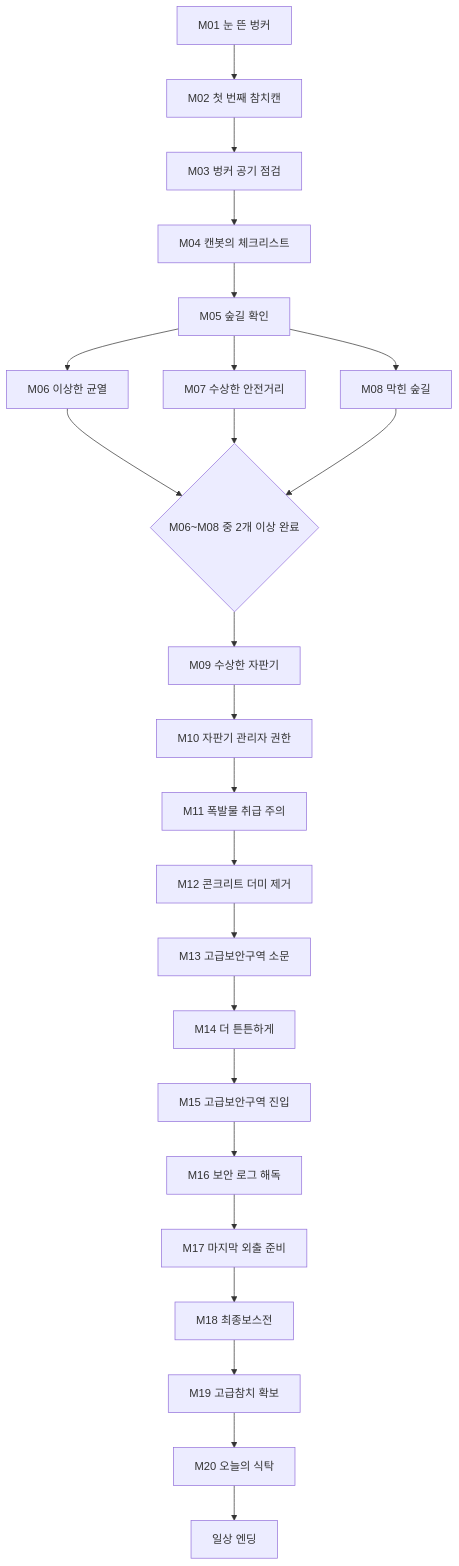
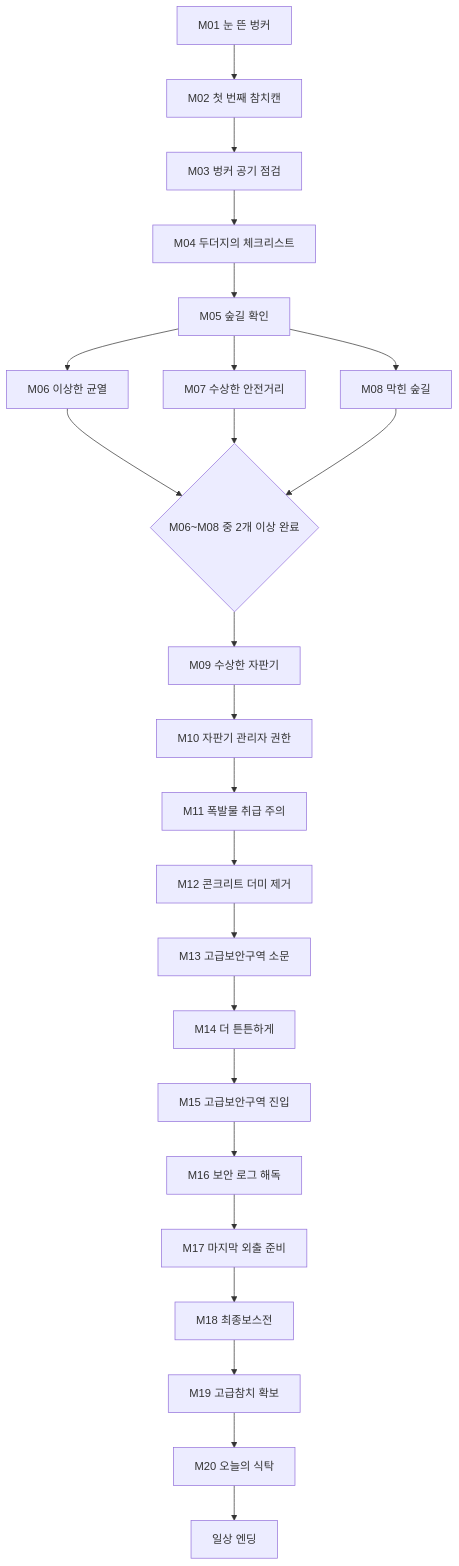
One commit to octopus7/extraction_shooter changed the first of 2 diagrams in Docs/SSOT/TunaSweeper_SSOT_Quest_Item_v0.6.md. Above: the diagram before and after it, drawn with Mermaid. The commit also changed other lines of this file and 68 other files, not shown here.

````diff
--- a/Docs/SSOT/TunaSweeper_SSOT_Quest_Item_v0.6.md
+++ b/Docs/SSOT/TunaSweeper_SSOT_Quest_Item_v0.6.md
@@ -138,31 +138,31 @@
 ```mermaid
 flowchart TD
     M01["M01 눈 뜬 벙커"] --> M02["M02 첫 번째 참치캔"]
     M02 --> M03["M03 벙커 공기 점검"]
-    M03 --> M04["M04 캔봇의 체크리스트"]
+    M03 --> M04["M04 두더지의 체크리스트"]
     M04 --> M05["M05 숲길 확인"]
 
     M05 --> M06["M06 이상한 균열"]
     M05 --> M07["M07 수상한 안전거리"]
     M05 --> M08["M08 막힌 숲길"]
 
     M06 --> G1{"M06~M08 중 2개 이상 완료"}
     M07 --> G1
     M08 --> G1
 
     G1 --> M09["M09 수상한 자판기"]
     M09 --> M10["M10 자판기 관리자 권한"]
     M10 --> M11["M11 폭발물 취급 주의"]
     M11 --> M12["M12 콘크리트 더미 제거"]
 
     M12 --> M13["M13 고급보안구역 소문"]
     M13 --> M14["M14 더 튼튼하게"]
     M14 --> M15["M15 고급보안구역 진입"]
     M15 --> M16["M16 보안 로그 해독"]
     M16 --> M17["M17 마지막 외출 준비"]
     M17 --> M18["M18 최종보스전"]
 
     M18 --> M19["M19 고급참치 확보"]
     M19 --> M20["M20 오늘의 식탁"]
     M20 --> END["일상 엔딩"]
 ```
````
